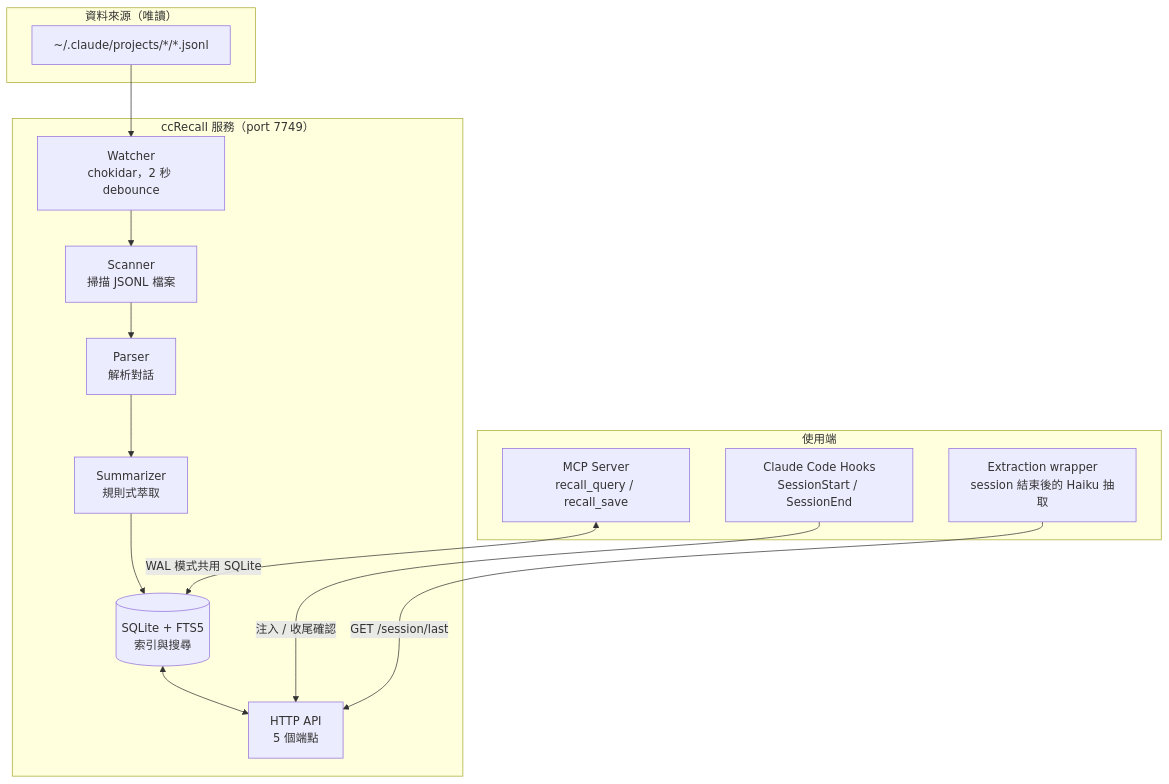
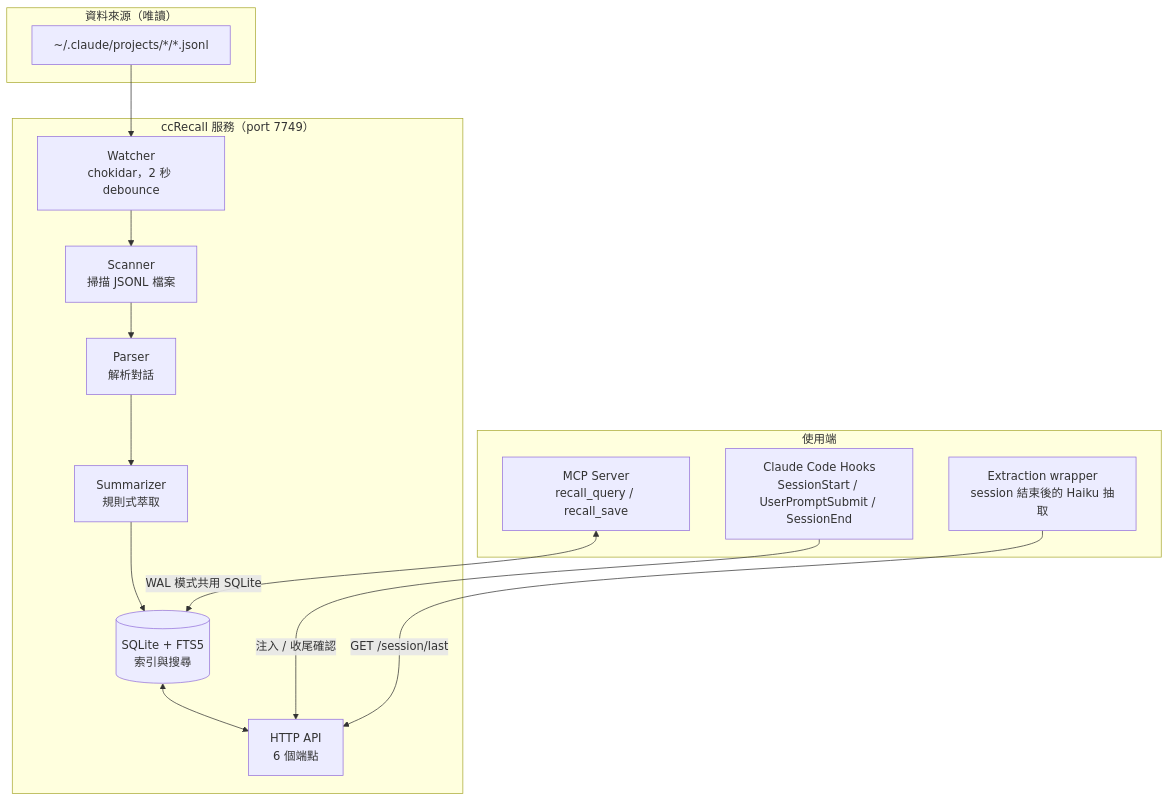
The first of 2 diagrams in README_ZH.md (tznthou/ccRecall), drawn with Mermaid before and after one commit. The commit also changed other lines of this file and 2 other files, not shown here.

````diff
--- a/README_ZH.md
+++ b/README_ZH.md
@@ -76,27 +80,27 @@
 ```mermaid
 flowchart TB
     subgraph Input["資料來源（唯讀）"]
         JSONL["~/.claude/projects/*/*.jsonl"]
     end
 
     subgraph Core["ccRecall 服務（port 7749）"]
         Watcher["Watcher<br/>chokidar，2 秒 debounce"]
         Scanner["Scanner<br/>掃描 JSONL 檔案"]
         Parser["Parser<br/>解析對話"]
         Summarizer["Summarizer<br/>規則式萃取"]
         DB[("SQLite + FTS5<br/>索引與搜尋")]
-        API["HTTP API<br/>5 個端點"]
+        API["HTTP API<br/>6 個端點"]
     end
 
     subgraph Consumers["使用端"]
-        Hook["Claude Code Hooks<br/>SessionStart / SessionEnd"]
+        Hook["Claude Code Hooks<br/>SessionStart / UserPromptSubmit / SessionEnd"]
         Wrapper["Extraction wrapper<br/>session 結束後的 Haiku 抽取"]
         MCP["MCP Server<br/>recall_query / recall_save"]
     end
 
     JSONL --> Watcher --> Scanner --> Parser --> Summarizer --> DB
     DB <--> API
     Hook -->|"注入 / 收尾確認"| API
     Wrapper -->|"GET /session/last"| API
     MCP <-->|"WAL 模式共用 SQLite"| DB
 ```
````
